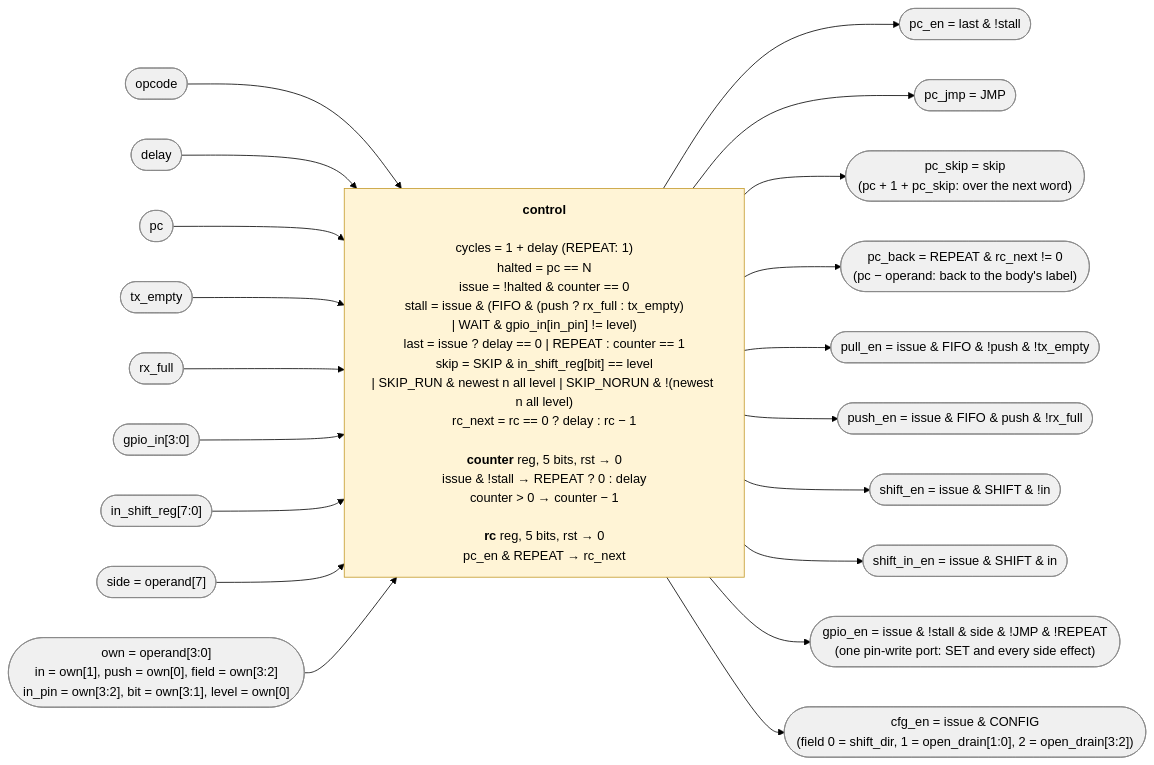
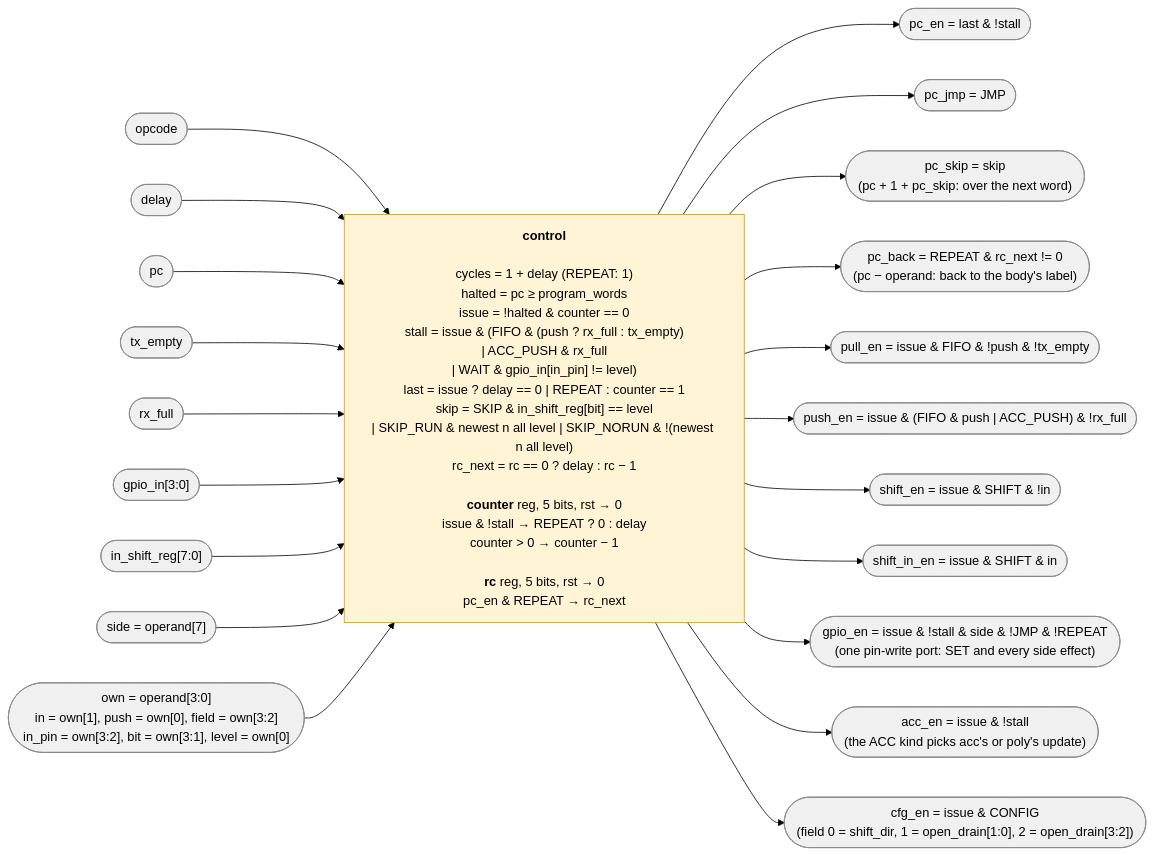
Before and after one commit to cshieldsce/smallcore: the diagram in docs/control.mmd, drawn with Mermaid (forest theme). The commit also changed 20 other files, not shown here.

Commit message:
update diagrams: accumulator, program ram, core split in three

```diff
--- a/docs/control.mmd
+++ b/docs/control.mmd
@@ -1,52 +1,55 @@
 %%{init: {"flowchart": {"wrappingWidth": 440}}}%%
 %% The control block: what it reads, what it computes, what it drives. All combinational
-%% except the counter register. Signal names match core.svg. The opcode names stand for
+%% except the counter register. Signal names match core_fetch, core_out and core_in.svg. The opcode names stand for
 %% opcode == that value: NOP/SET = 000, SHIFT = 001, FIFO = 010, JMP = 011, CONFIG = 100, WAIT = 101,
-%% SKIP = 110, REPEAT = 111 (its delay bits are count − 1, not a delay).
+%% SKIP = 110, REPEAT = 111 (its delay bits are count − 1, not a delay). ACC_IN, ACC_CRC, ACC_OUT, ACC_PUSH,
+%% ACC_LOAD are 000 words with side clear and bits 6:5 = 01, the kind in bits 4:0.
 flowchart LR
   classDef sig fill:#f0f0f0,stroke:#888
   classDef reg fill:#dbe8ff,stroke:#4a6fa5
   classDef comb fill:#fff4d6,stroke:#c49a2a
 
   OPC(["opcode"]):::sig
   DLY(["delay"]):::sig
   PCV(["pc"]):::sig
   EMP(["tx_empty"]):::sig
   FUL(["rx_full"]):::sig
   GIN(["gpio_in[3:0]"]):::sig
   ISR(["in_shift_reg[7:0]"]):::sig
   SIDE(["side = operand[7]"]):::sig
   OWN(["own = operand[3:0]<br/>in = own[1], push = own[0], field = own[3:2]<br/>in_pin = own[3:2], bit = own[3:1], level = own[0]"]):::sig
 
-  CU["<b>control</b><br/><br/>cycles = 1 + delay (REPEAT: 1)<br/>halted = pc == N<br/>issue = !halted & counter == 0<br/>stall = issue & (FIFO & (push ? rx_full : tx_empty)<br/>| WAIT & gpio_in[in_pin] != level)<br/>last = issue ? delay == 0 | REPEAT : counter == 1<br/>skip = SKIP & in_shift_reg[bit] == level<br/>| SKIP_RUN & newest n all level | SKIP_NORUN & !(newest n all level)<br/>rc_next = rc == 0 ? delay : rc − 1<br/><br/><b>counter</b> reg, 5 bits, rst → 0<br/>issue & !stall → REPEAT ? 0 : delay<br/>counter > 0 → counter − 1<br/><br/><b>rc</b> reg, 5 bits, rst → 0<br/>pc_en & REPEAT → rc_next"]:::comb
+  CU["<b>control</b><br/><br/>cycles = 1 + delay (REPEAT: 1)<br/>halted = pc ≥ program_words<br/>issue = !halted & counter == 0<br/>stall = issue & (FIFO & (push ? rx_full : tx_empty)<br/>| ACC_PUSH & rx_full<br/>| WAIT & gpio_in[in_pin] != level)<br/>last = issue ? delay == 0 | REPEAT : counter == 1<br/>skip = SKIP & in_shift_reg[bit] == level<br/>| SKIP_RUN & newest n all level | SKIP_NORUN & !(newest n all level)<br/>rc_next = rc == 0 ? delay : rc − 1<br/><br/><b>counter</b> reg, 5 bits, rst → 0<br/>issue & !stall → REPEAT ? 0 : delay<br/>counter > 0 → counter − 1<br/><br/><b>rc</b> reg, 5 bits, rst → 0<br/>pc_en & REPEAT → rc_next"]:::comb
 
   PCI(["pc_en = last & !stall"]):::sig
   PCJ(["pc_jmp = JMP"]):::sig
   PCS(["pc_skip = skip<br/>(pc + 1 + pc_skip: over the next word)"]):::sig
   PCB(["pc_back = REPEAT & rc_next != 0<br/>(pc − operand: back to the body's label)"]):::sig
   PLE(["pull_en = issue & FIFO & !push & !tx_empty"]):::sig
-  PSE(["push_en = issue & FIFO & push & !rx_full"]):::sig
+  PSE(["push_en = issue & (FIFO & push | ACC_PUSH) & !rx_full"]):::sig
   SHE(["shift_en = issue & SHIFT & !in"]):::sig
   SIE(["shift_in_en = issue & SHIFT & in"]):::sig
   PNE(["gpio_en = issue & !stall & side & !JMP & !REPEAT<br/>(one pin-write port: SET and every side effect)"]):::sig
+  AEN(["acc_en = issue & !stall<br/>(the ACC kind picks acc's or poly's update)"]):::sig
   DIE(["cfg_en = issue & CONFIG<br/>(field 0 = shift_dir, 1 = open_drain[1:0], 2 = open_drain[3:2])"]):::sig
 
   OPC --> CU
   DLY --> CU
   PCV --> CU
   EMP --> CU
   FUL --> CU
   GIN --> CU
   ISR --> CU
   SIDE --> CU
   OWN --> CU
   CU --> PCI
   CU --> PCJ
   CU --> PCS
   CU --> PCB
   CU --> PLE
   CU --> PSE
   CU --> SHE
   CU --> SIE
   CU --> PNE
+  CU --> AEN
   CU --> DIE
```
